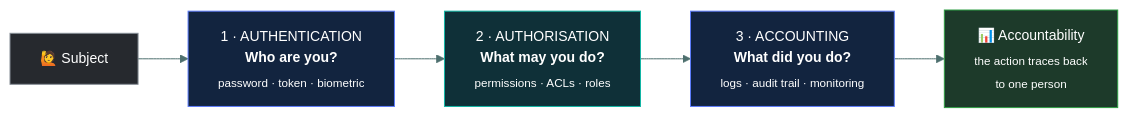
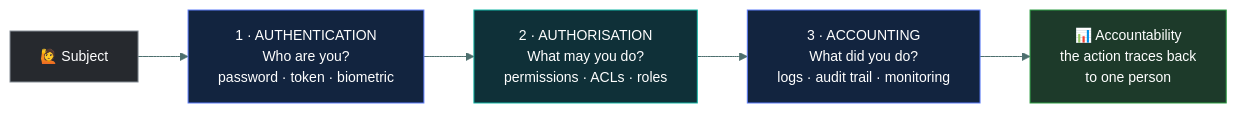
Before and after one commit to tarunTejaDesireddy/cc-exam-prep: the first of 2 diagrams in 01-security-principles/authorization-and-accounting/README.md, drawn with Mermaid. The commit also changed 15 other files, not shown here.

First line of the commit message:
Fix clipped mermaid labels repo-wide; add privacy topic

````diff
--- a/01-security-principles/authorization-and-accounting/README.md
+++ b/01-security-principles/authorization-and-accounting/README.md
@@ -56,14 +56,14 @@
 ```mermaid
 %%{init: {'theme':'base','themeVariables':{'fontSize':'14px','lineColor':'#4d6f6e','textColor':'#dbe7e6'}}}%%
 flowchart LR
-    U["🙋 Subject"] --> A1["1 · AUTHENTICATION<br/><b>Who are you?</b><br/><sub>password · token · biometric</sub>"]
-    A1 --> A2["2 · AUTHORISATION<br/><b>What may you do?</b><br/><sub>permissions · ACLs · roles</sub>"]
-    A2 --> A3["3 · ACCOUNTING<br/><b>What did you do?</b><br/><sub>logs · audit trail · monitoring</sub>"]
-    A3 --> R["📊 Accountability<br/><sub>the action traces back<br/>to one person</sub>"]
+    U["🙋 Subject"] --> A1["1 · AUTHENTICATION<br/>Who are you?<br/>password · token · biometric"]
+    A1 --> A2["2 · AUTHORISATION<br/>What may you do?<br/>permissions · ACLs · roles"]
+    A2 --> A3["3 · ACCOUNTING<br/>What did you do?<br/>logs · audit trail · monitoring"]
+    A3 --> R["📊 Accountability<br/>the action traces back<br/>to one person"]
 
     style U fill:#26292e,stroke:#868E96,color:#fff
     style A1 fill:#12243f,stroke:#5C7CFA,color:#fff
     style A2 fill:#0f3038,stroke:#12B5A5,color:#fff
     style A3 fill:#12243f,stroke:#5C7CFA,color:#fff
     style R fill:#1d3a2a,stroke:#2F9E44,color:#fff
 ```
````
